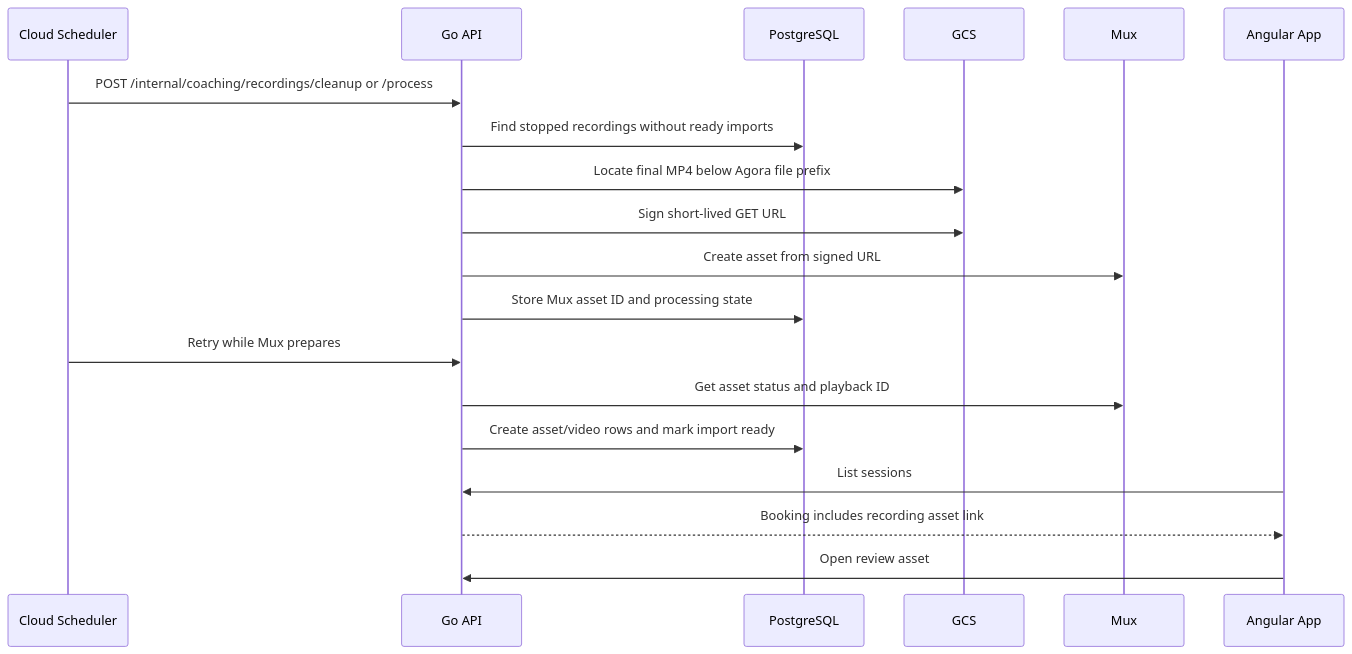
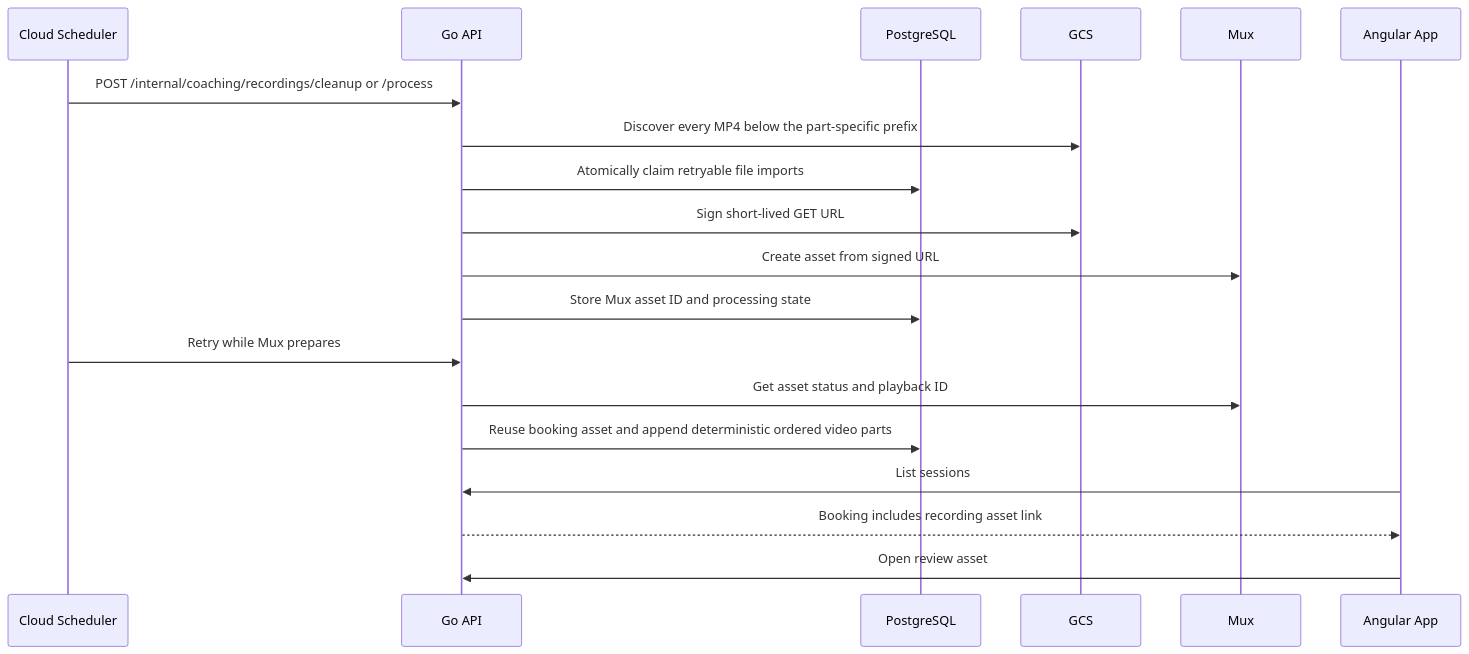
The sixth of 10 diagrams in README.md (OZIOisgood/zeta), drawn with Mermaid before and after one commit. The commit also changed other lines of this file and 38 other files, not shown here.

````diff
--- a/README.md
+++ b/README.md
@@ -361,22 +369,22 @@
 ```mermaid
 sequenceDiagram
     participant S as Cloud Scheduler
     participant A as Go API
     participant D as PostgreSQL
     participant G as GCS
     participant M as Mux
     participant W as Angular App
 
     S->>A: POST /internal/coaching/recordings/cleanup or /process
-    A->>D: Find stopped recordings without ready imports
-    A->>G: Locate final MP4 below Agora file prefix
+    A->>G: Discover every MP4 below the part-specific prefix
+    A->>D: Atomically claim retryable file imports
     A->>G: Sign short-lived GET URL
     A->>M: Create asset from signed URL
     A->>D: Store Mux asset ID and processing state
     S->>A: Retry while Mux prepares
     A->>M: Get asset status and playback ID
-    A->>D: Create asset/video rows and mark import ready
+    A->>D: Reuse booking asset and append deterministic ordered video parts
     W->>A: List sessions
     A-->>W: Booking includes recording asset link
     W->>A: Open review asset
 ```
````
